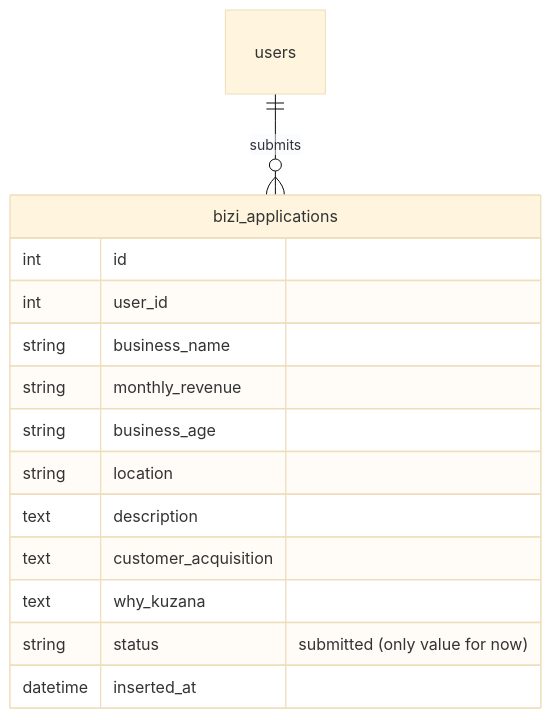
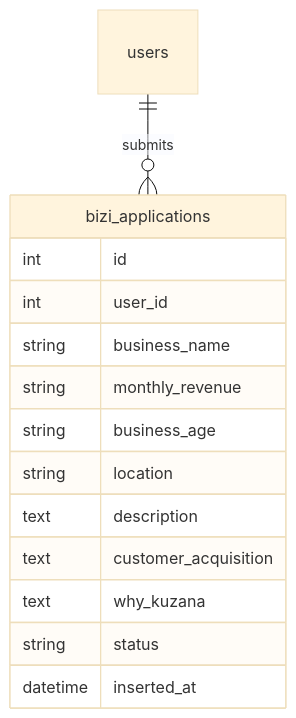
Before and after one commit to okumuraven/Boardy.ai: the sixth of 6 diagrams in bizi_flow.md, drawn with Mermaid (base theme). The commit also changed other lines of this file, not shown here.

````diff
--- a/bizi_flow.md
+++ b/bizi_flow.md
@@ -138,17 +139,17 @@
 ```mermaid
 erDiagram
     users ||--o{ bizi_applications : submits
     bizi_applications {
         int id
         int user_id
         string business_name
         string monthly_revenue
         string business_age
         string location
         text description
         text customer_acquisition
         text why_kuzana
-        string status "submitted (only value for now)"
+        string status
         datetime inserted_at
     }
 ```
````
